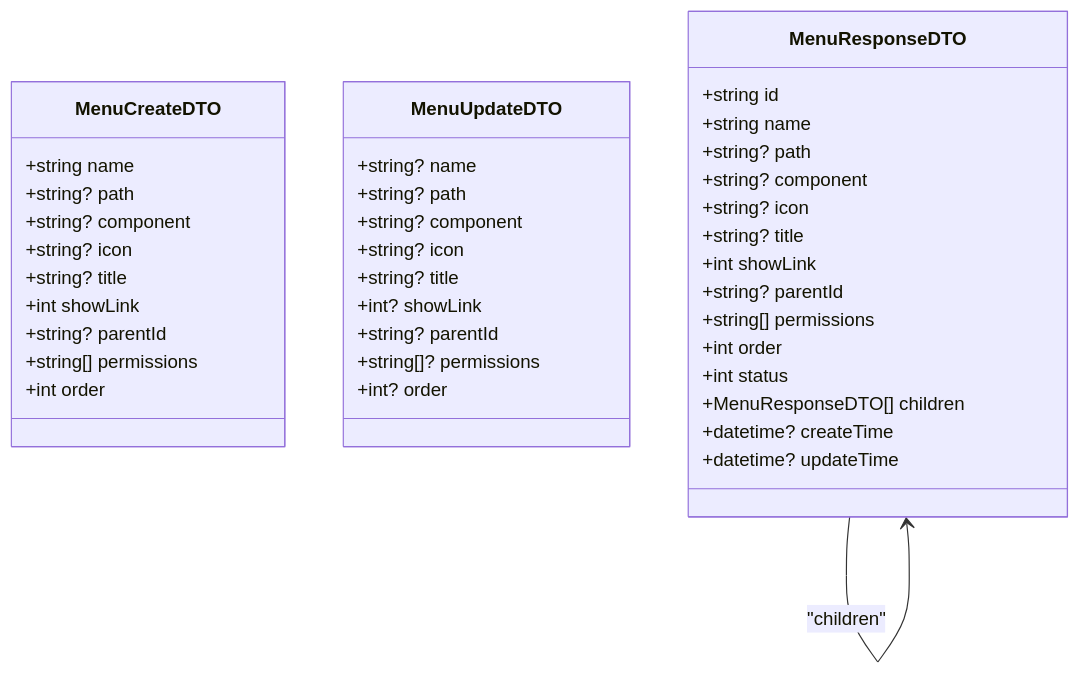
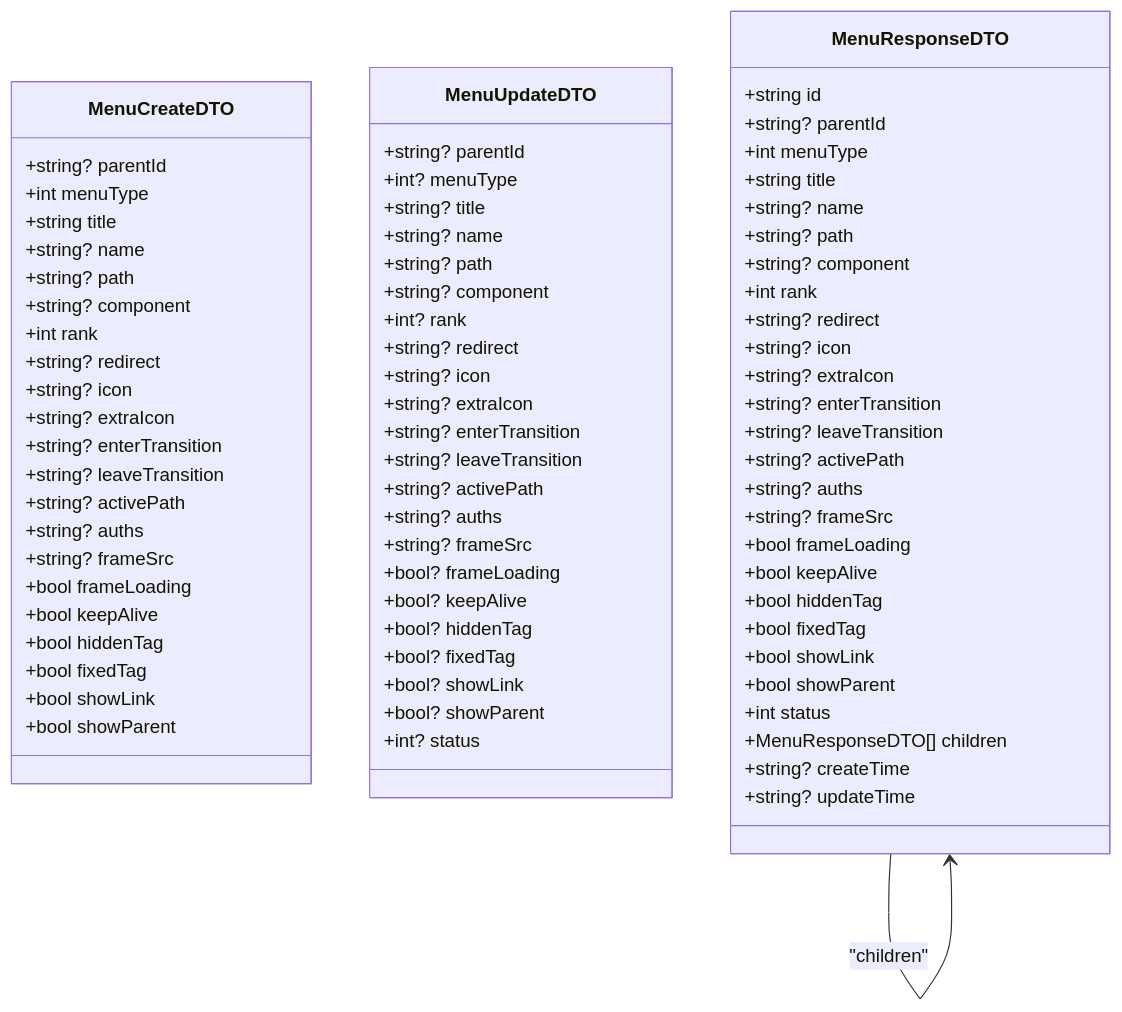
Before and after one commit to taoweidong/Hello-FastApi: the fourth of 9 diagrams in .qoder/repowiki/zh/content/数据库设计/数据模型设计/菜单实体模型.md, drawn with Mermaid. The commit also changed other lines of this file and 11 other files, not shown here.

````diff
--- a/.qoder/repowiki/zh/content/数据库设计/数据模型设计/菜单实体模型.md
+++ b/.qoder/repowiki/zh/content/数据库设计/数据模型设计/菜单实体模型.md
@@ -190,42 +235,79 @@
 ```mermaid
 classDiagram
 class MenuCreateDTO {
-+string name
-+string? path
-+string? component
-+string? icon
-+string? title
-+int showLink
 +string? parentId
-+string[] permissions
-+int order
-}
-class MenuUpdateDTO {
++int menuType
++string title
 +string? name
 +string? path
 +string? component
++int rank
++string? redirect
 +string? icon
++string? extraIcon
++string? enterTransition
++string? leaveTransition
++string? activePath
++string? auths
++string? frameSrc
++bool frameLoading
++bool keepAlive
++bool hiddenTag
++bool fixedTag
++bool showLink
++bool showParent
+}
+class MenuUpdateDTO {
++string? parentId
++int? menuType
 +string? title
-+int? showLink
-+string? parentId
-+string[]? permissions
-+int? order
++string? name
++string? path
++string? component
++int? rank
++string? redirect
++string? icon
++string? extraIcon
++string? enterTransition
++string? leaveTransition
++string? activePath
++string? auths
++string? frameSrc
++bool? frameLoading
++bool? keepAlive
++bool? hiddenTag
++bool? fixedTag
++bool? showLink
++bool? showParent
++int? status
 }
 class MenuResponseDTO {
 +string id
-+string name
++string? parentId
++int menuType
++string title
++string? name
 +string? path
 +string? component
++int rank
++string? redirect
 +string? icon
-+string? title
-+int showLink
-+string? parentId
-+string[] permissions
-+int order
++string? extraIcon
++string? enterTransition
++string? leaveTransition
++string? activePath
++string? auths
++string? frameSrc
++bool frameLoading
++bool keepAlive
++bool hiddenTag
++bool fixedTag
++bool showLink
++bool showParent
 +int status
 +MenuResponseDTO[] children
-+datetime? createTime
-+datetime? updateTime
++string? createTime
++string? updateTime
 }
 MenuResponseDTO --> MenuResponseDTO : "children"
 ```
````
